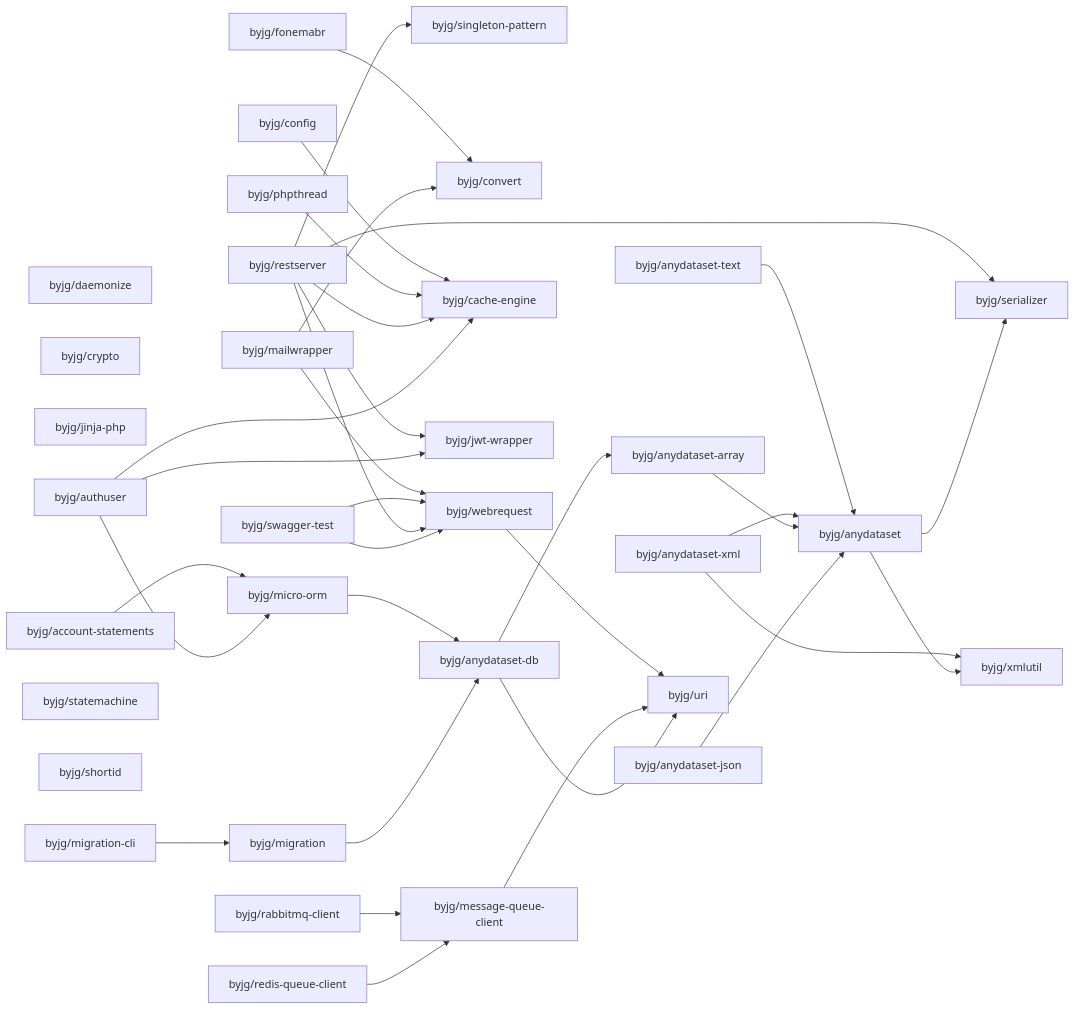
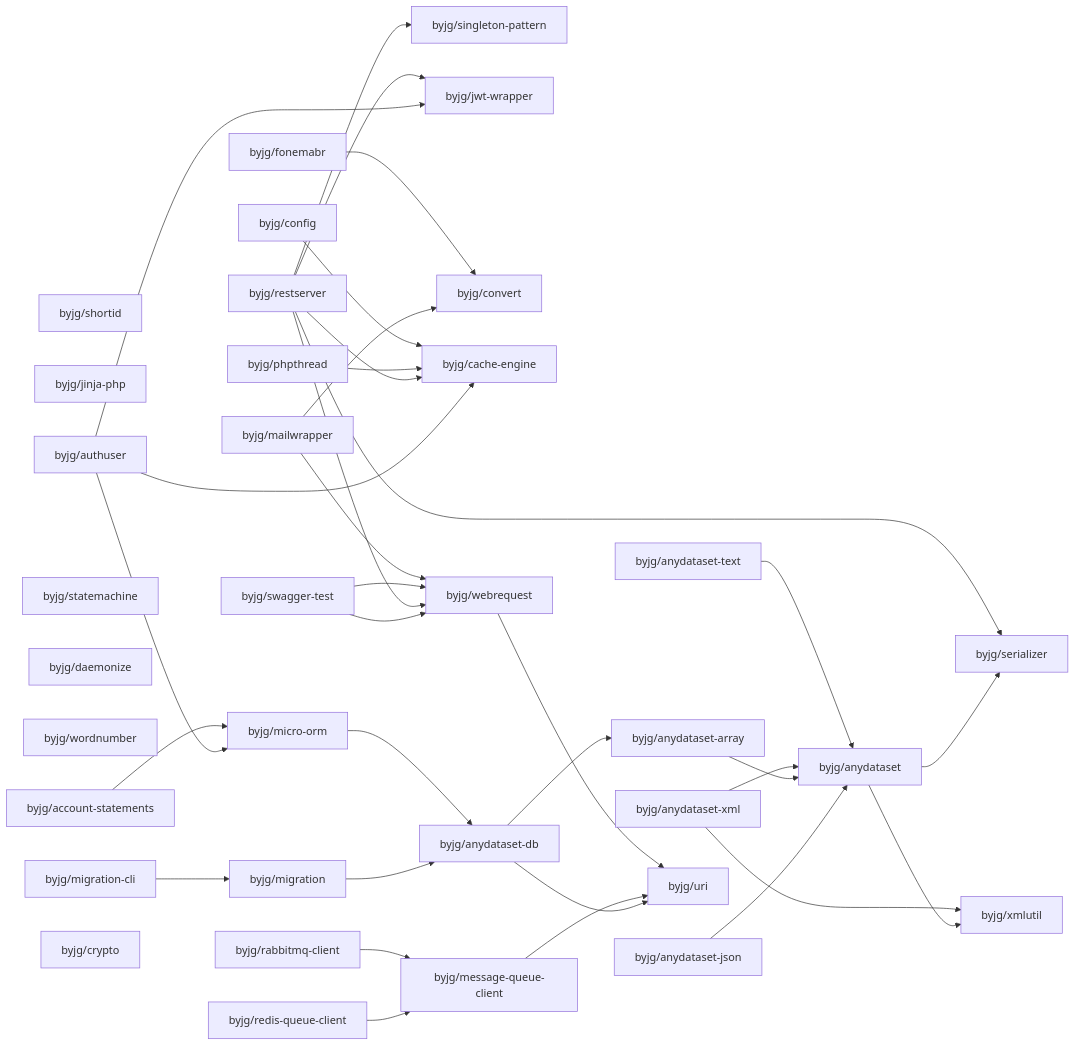
The diagram in php/README.md (byjg/byjg.github.io), drawn with Mermaid before and after one commit. The commit also changed 2 other files, not shown here.

Commit message:
Update documentation 'php' 'php-wordnumber'

````diff
--- a/php/README.md
+++ b/php/README.md
@@ -3,68 +3,69 @@
 ```mermaid
 graph LR;
-  byjg/fonemabr;
-  byjg/swagger-test;
-  byjg/daemonize;
-  byjg/crypto;
+  byjg/shortid;
   byjg/anydataset-json;
   byjg/jinja-php;
+  byjg/redis-queue-client;
+  byjg/phpthread;
+  byjg/anydataset-xml;
+  byjg/fonemabr;
+  byjg/authuser;
+  byjg/restserver;
+  byjg/statemachine;
+  byjg/daemonize;
+  byjg/mailwrapper;
+  byjg/config;
+  byjg/anydataset-text;
+  byjg/wordnumber;
   byjg/migration-cli;
+  byjg/account-statements;
   byjg/rabbitmq-client;
-  byjg/phpthread;
-  byjg/restserver;
-  byjg/mailwrapper;
-  byjg/anydataset-text;
-  byjg/config;
-  byjg/authuser;
-  byjg/redis-queue-client;
-  byjg/anydataset-xml;
-  byjg/statemachine;
-  byjg/shortid;
-  byjg/account-statements;
+  byjg/swagger-test;
+  byjg/crypto;
+  byjg/singleton-pattern;
+  byjg/jwt-wrapper;
+  byjg/convert;
+  byjg/cache-engine;
   byjg/migration;
-  byjg/singleton-pattern;
-  byjg/convert;
+  byjg/micro-orm;
+  byjg/message-queue-client;
   byjg/webrequest;
-  byjg/cache-engine;
-  byjg/jwt-wrapper;
-  byjg/message-queue-client;
-  byjg/micro-orm;
   byjg/anydataset-db;
   byjg/anydataset-array;
   byjg/uri;
   byjg/anydataset;
   byjg/serializer;
   byjg/xmlutil;
   byjg/fonemabr --> byjg/convert;
   byjg/config --> byjg/cache-engine;
   byjg/anydataset-text --> byjg/anydataset;
   byjg/webrequest --> byjg/uri;
   byjg/account-statements --> byjg/micro-orm;
   byjg/rabbitmq-client --> byjg/message-queue-client;
   byjg/micro-orm --> byjg/anydataset-db;
   byjg/phpthread --> byjg/cache-engine;
   byjg/anydataset-xml --> byjg/anydataset;
   byjg/anydataset-xml --> byjg/xmlutil;
   byjg/anydataset-array --> byjg/anydataset;
   byjg/mailwrapper --> byjg/convert;
   byjg/mailwrapper --> byjg/webrequest;
   byjg/message-queue-client --> byjg/uri;
   byjg/anydataset-db --> byjg/anydataset-array;
   byjg/anydataset-db --> byjg/uri;
   byjg/anydataset-json --> byjg/anydataset;
   byjg/migration --> byjg/anydataset-db;
   byjg/swagger-test --> byjg/webrequest;
   byjg/redis-queue-client --> byjg/message-queue-client;
   byjg/restserver --> byjg/serializer;
   byjg/restserver --> byjg/singleton-pattern;
   byjg/restserver --> byjg/cache-engine;
   byjg/restserver --> byjg/webrequest;
   byjg/restserver --> byjg/jwt-wrapper;
   byjg/authuser --> byjg/micro-orm;
   byjg/authuser --> byjg/cache-engine;
   byjg/authuser --> byjg/jwt-wrapper;
   byjg/swagger-test --> byjg/webrequest;
   byjg/migration-cli --> byjg/migration;
   byjg/anydataset --> byjg/serializer;
   byjg/anydataset --> byjg/xmlutil;
 ```
````
